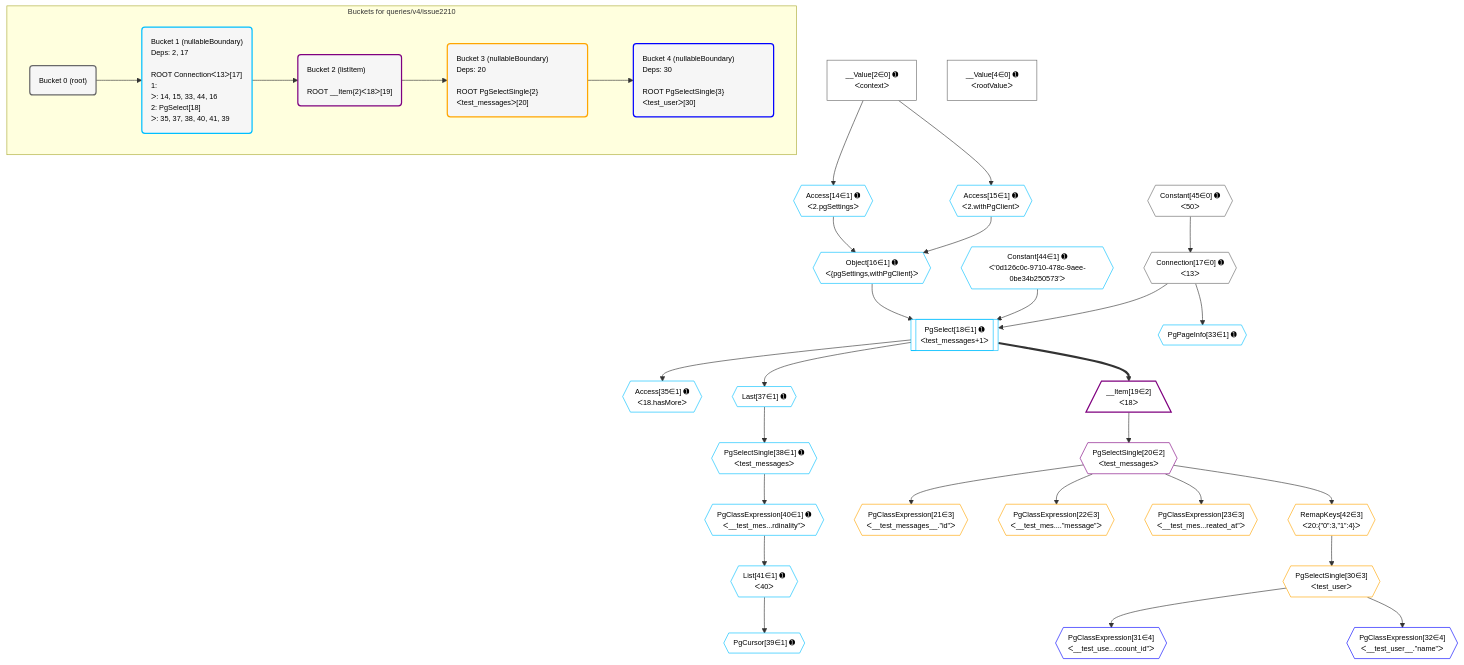
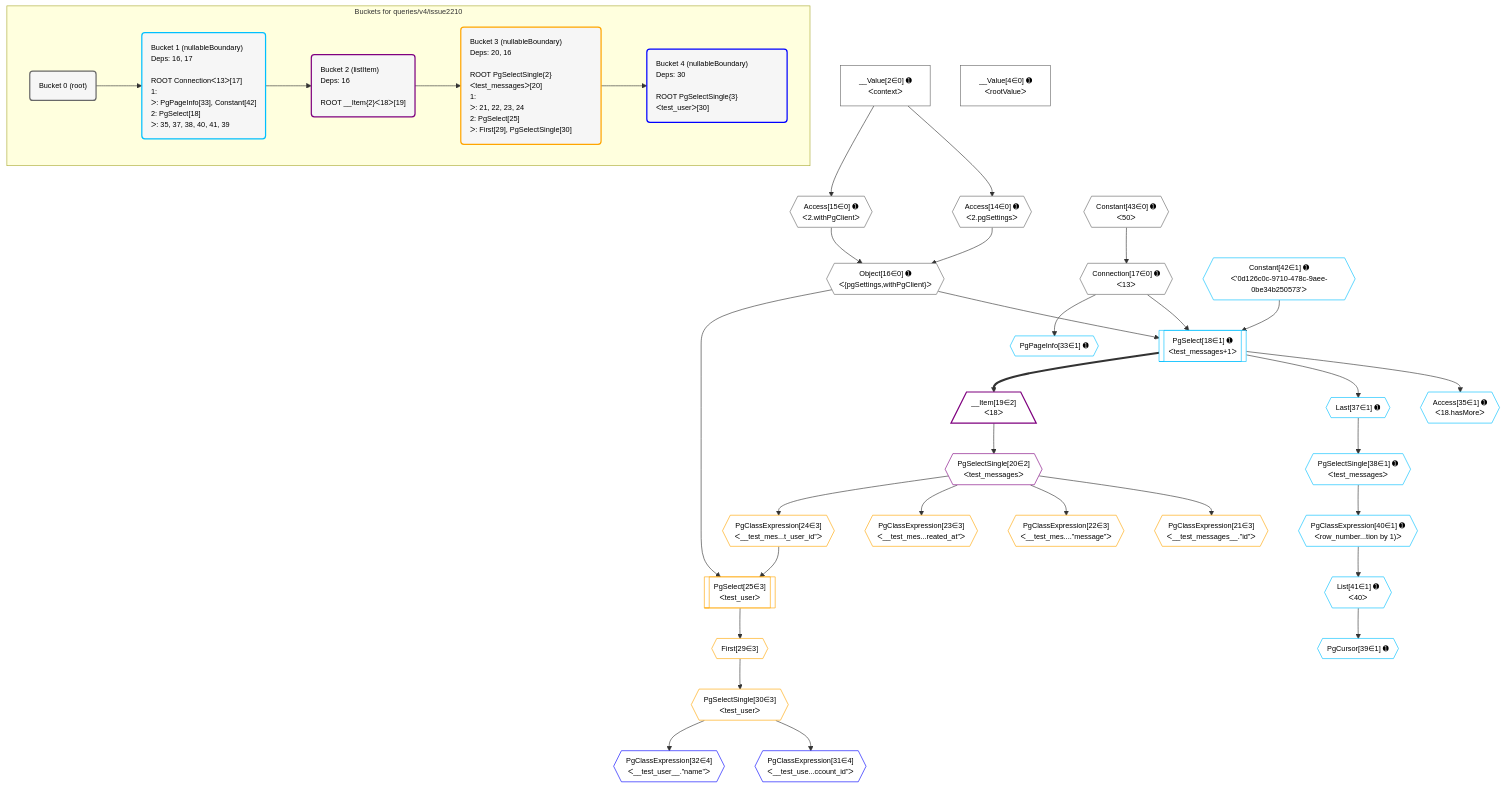
The diagram in postgraphile/postgraphile/__tests__/queries/v4/issue2210.mermaid (graphile/crystal), drawn with Mermaid before and after one commit. The commit also changed 1 other file, not shown here.

```diff
--- a/postgraphile/postgraphile/__tests__/queries/v4/issue2210.mermaid
+++ b/postgraphile/postgraphile/__tests__/queries/v4/issue2210.mermaid
@@ -1,81 +1,85 @@
 %%{init: {'themeVariables': { 'fontSize': '12px'}}}%%
 graph TD
     classDef path fill:#eee,stroke:#000,color:#000
     classDef plan fill:#fff,stroke-width:1px,color:#000
     classDef itemplan fill:#fff,stroke-width:2px,color:#000
     classDef unbatchedplan fill:#dff,stroke-width:1px,color:#000
     classDef sideeffectplan fill:#fcc,stroke-width:2px,color:#000
     classDef bucket fill:#f6f6f6,color:#000,stroke-width:2px,text-align:left
 
 
     %% plan dependencies
+    Object16{{"Object[16∈0] ➊<br />ᐸ{pgSettings,withPgClient}ᐳ"}}:::plan
+    Access14{{"Access[14∈0] ➊<br />ᐸ2.pgSettingsᐳ"}}:::plan
+    Access15{{"Access[15∈0] ➊<br />ᐸ2.withPgClientᐳ"}}:::plan
+    Access14 & Access15 --> Object16
+    __Value2["__Value[2∈0] ➊<br />ᐸcontextᐳ"]:::plan
+    __Value2 --> Access14
+    __Value2 --> Access15
     Connection17{{"Connection[17∈0] ➊<br />ᐸ13ᐳ"}}:::plan
-    Constant45{{"Constant[45∈0] ➊<br />ᐸ50ᐳ"}}:::plan
-    Constant45 --> Connection17
-    __Value2["__Value[2∈0] ➊<br />ᐸcontextᐳ"]:::plan
+    Constant43{{"Constant[43∈0] ➊<br />ᐸ50ᐳ"}}:::plan
+    Constant43 --> Connection17
     __Value4["__Value[4∈0] ➊<br />ᐸrootValueᐳ"]:::plan
     PgSelect18[["PgSelect[18∈1] ➊<br />ᐸtest_messages+1ᐳ"]]:::plan
-    Object16{{"Object[16∈1] ➊<br />ᐸ{pgSettings,withPgClient}ᐳ"}}:::plan
-    Constant44{{"Constant[44∈1] ➊<br />ᐸ'0d126c0c-9710-478c-9aee-0be34b250573'ᐳ"}}:::plan
-    Object16 & Constant44 & Connection17 --> PgSelect18
-    Access14{{"Access[14∈1] ➊<br />ᐸ2.pgSettingsᐳ"}}:::plan
-    Access15{{"Access[15∈1] ➊<br />ᐸ2.withPgClientᐳ"}}:::plan
-    Access14 & Access15 --> Object16
-    __Value2 --> Access14
-    __Value2 --> Access15
+    Constant42{{"Constant[42∈1] ➊<br />ᐸ'0d126c0c-9710-478c-9aee-0be34b250573'ᐳ"}}:::plan
+    Object16 & Constant42 & Connection17 --> PgSelect18
     PgPageInfo33{{"PgPageInfo[33∈1] ➊"}}:::plan
     Connection17 --> PgPageInfo33
     Access35{{"Access[35∈1] ➊<br />ᐸ18.hasMoreᐳ"}}:::plan
     PgSelect18 --> Access35
     Last37{{"Last[37∈1] ➊"}}:::plan
     PgSelect18 --> Last37
     PgSelectSingle38{{"PgSelectSingle[38∈1] ➊<br />ᐸtest_messagesᐳ"}}:::plan
     Last37 --> PgSelectSingle38
     PgCursor39{{"PgCursor[39∈1] ➊"}}:::plan
     List41{{"List[41∈1] ➊<br />ᐸ40ᐳ"}}:::plan
     List41 --> PgCursor39
-    PgClassExpression40{{"PgClassExpression[40∈1] ➊<br />ᐸ__test_mes...rdinality”ᐳ"}}:::plan
+    PgClassExpression40{{"PgClassExpression[40∈1] ➊<br />ᐸrow_number...tion by 1)ᐳ"}}:::plan
     PgSelectSingle38 --> PgClassExpression40
     PgClassExpression40 --> List41
     __Item19[/"__Item[19∈2]<br />ᐸ18ᐳ"\]:::itemplan
     PgSelect18 ==> __Item19
     PgSelectSingle20{{"PgSelectSingle[20∈2]<br />ᐸtest_messagesᐳ"}}:::plan
     __Item19 --> PgSelectSingle20
+    PgSelect25[["PgSelect[25∈3]<br />ᐸtest_userᐳ"]]:::plan
+    PgClassExpression24{{"PgClassExpression[24∈3]<br />ᐸ__test_mes...t_user_id”ᐳ"}}:::plan
+    Object16 & PgClassExpression24 --> PgSelect25
     PgClassExpression21{{"PgClassExpression[21∈3]<br />ᐸ__test_messages__.”id”ᐳ"}}:::plan
     PgSelectSingle20 --> PgClassExpression21
     PgClassExpression22{{"PgClassExpression[22∈3]<br />ᐸ__test_mes....”message”ᐳ"}}:::plan
     PgSelectSingle20 --> PgClassExpression22
     PgClassExpression23{{"PgClassExpression[23∈3]<br />ᐸ__test_mes...reated_at”ᐳ"}}:::plan
     PgSelectSingle20 --> PgClassExpression23
+    PgSelectSingle20 --> PgClassExpression24
+    First29{{"First[29∈3]"}}:::plan
+    PgSelect25 --> First29
     PgSelectSingle30{{"PgSelectSingle[30∈3]<br />ᐸtest_userᐳ"}}:::plan
-    RemapKeys42{{"RemapKeys[42∈3]<br />ᐸ20:{”0”:3,”1”:4}ᐳ"}}:::plan
-    RemapKeys42 --> PgSelectSingle30
-    PgSelectSingle20 --> RemapKeys42
+    First29 --> PgSelectSingle30
     PgClassExpression31{{"PgClassExpression[31∈4]<br />ᐸ__test_use...ccount_id”ᐳ"}}:::plan
     PgSelectSingle30 --> PgClassExpression31
     PgClassExpression32{{"PgClassExpression[32∈4]<br />ᐸ__test_user__.”name”ᐳ"}}:::plan
     PgSelectSingle30 --> PgClassExpression32
 
     %% define steps
 
     subgraph "Buckets for queries/v4/issue2210"
     Bucket0("Bucket 0 (root)"):::bucket
     classDef bucket0 stroke:#696969
-    class Bucket0,__Value2,__Value4,Connection17,Constant45 bucket0
-    Bucket1("Bucket 1 (nullableBoundary)<br />Deps: 2, 17<br /><br />ROOT Connectionᐸ13ᐳ[17]<br />1: <br />ᐳ: 14, 15, 33, 44, 16<br />2: PgSelect[18]<br />ᐳ: 35, 37, 38, 40, 41, 39"):::bucket
+    class Bucket0,__Value2,__Value4,Access14,Access15,Object16,Connection17,Constant43 bucket0
+    Bucket1("Bucket 1 (nullableBoundary)<br />Deps: 16, 17<br /><br />ROOT Connectionᐸ13ᐳ[17]<br />1: <br />ᐳ: PgPageInfo[33], Constant[42]<br />2: PgSelect[18]<br />ᐳ: 35, 37, 38, 40, 41, 39"):::bucket
     classDef bucket1 stroke:#00bfff
-    class Bucket1,Access14,Access15,Object16,PgSelect18,PgPageInfo33,Access35,Last37,PgSelectSingle38,PgCursor39,PgClassExpression40,List41,Constant44 bucket1
-    Bucket2("Bucket 2 (listItem)<br /><br />ROOT __Item{2}ᐸ18ᐳ[19]"):::bucket
+    class Bucket1,PgSelect18,PgPageInfo33,Access35,Last37,PgSelectSingle38,PgCursor39,PgClassExpression40,List41,Constant42 bucket1
+    Bucket2("Bucket 2 (listItem)<br />Deps: 16<br /><br />ROOT __Item{2}ᐸ18ᐳ[19]"):::bucket
     classDef bucket2 stroke:#7f007f
     class Bucket2,__Item19,PgSelectSingle20 bucket2
-    Bucket3("Bucket 3 (nullableBoundary)<br />Deps: 20<br /><br />ROOT PgSelectSingle{2}ᐸtest_messagesᐳ[20]"):::bucket
+    Bucket3("Bucket 3 (nullableBoundary)<br />Deps: 20, 16<br /><br />ROOT PgSelectSingle{2}ᐸtest_messagesᐳ[20]<br />1: <br />ᐳ: 21, 22, 23, 24<br />2: PgSelect[25]<br />ᐳ: First[29], PgSelectSingle[30]"):::bucket
     classDef bucket3 stroke:#ffa500
-    class Bucket3,PgClassExpression21,PgClassExpression22,PgClassExpression23,PgSelectSingle30,RemapKeys42 bucket3
+    class Bucket3,PgClassExpression21,PgClassExpression22,PgClassExpression23,PgClassExpression24,PgSelect25,First29,PgSelectSingle30 bucket3
     Bucket4("Bucket 4 (nullableBoundary)<br />Deps: 30<br /><br />ROOT PgSelectSingle{3}ᐸtest_userᐳ[30]"):::bucket
     classDef bucket4 stroke:#0000ff
     class Bucket4,PgClassExpression31,PgClassExpression32 bucket4
     Bucket0 --> Bucket1
     Bucket1 --> Bucket2
     Bucket2 --> Bucket3
     Bucket3 --> Bucket4
     end
```
